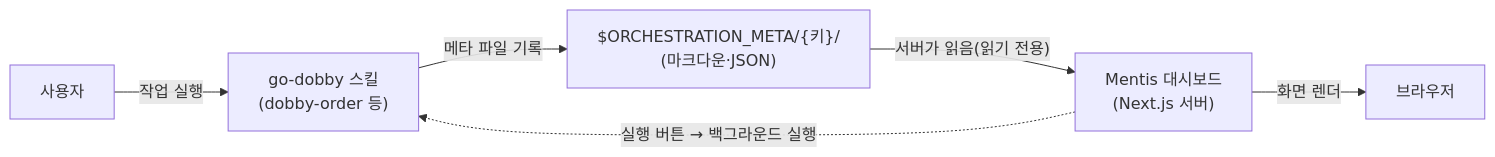
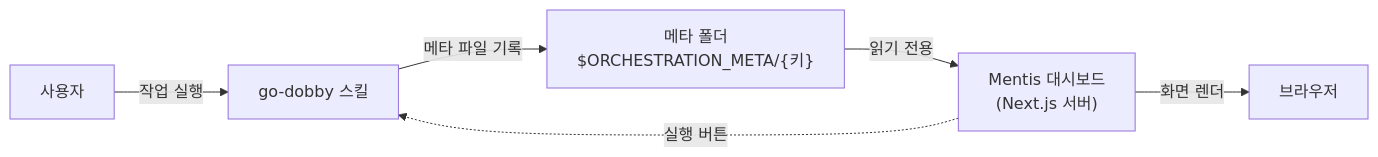
Before and after one commit to wadiz-jooyoul-lee/mentis-dashboard-v2: the first of 2 diagrams in ABOUT.md, drawn with Mermaid. The commit also changed other lines of this file and 6 other files, not shown here.

````diff
--- a/ABOUT.md
+++ b/ABOUT.md
@@ -24,8 +37,8 @@
 ```mermaid
 flowchart LR
-  U["사용자"] -->|"작업 실행"| S["go-dobby 스킬<br/>(dobby-order 등)"]
-  S -->|"메타 파일 기록"| M["$ORCHESTRATION_META/{키}/<br/>(마크다운·JSON)"]
-  M -->|"서버가 읽음(읽기 전용)"| D["Mentis 대시보드<br/>(Next.js 서버)"]
+  U["사용자"] -->|"작업 실행"| S["go-dobby 스킬"]
+  S -->|"메타 파일 기록"| M["메타 폴더<br/>$ORCHESTRATION_META/{키}"]
+  M -->|"읽기 전용"| D["Mentis 대시보드<br/>(Next.js 서버)"]
   D -->|"화면 렌더"| B["브라우저"]
-  D -.->|"실행 버튼 → 백그라운드 실행"| S
+  D -.->|"실행 버튼"| S
 ```
````
